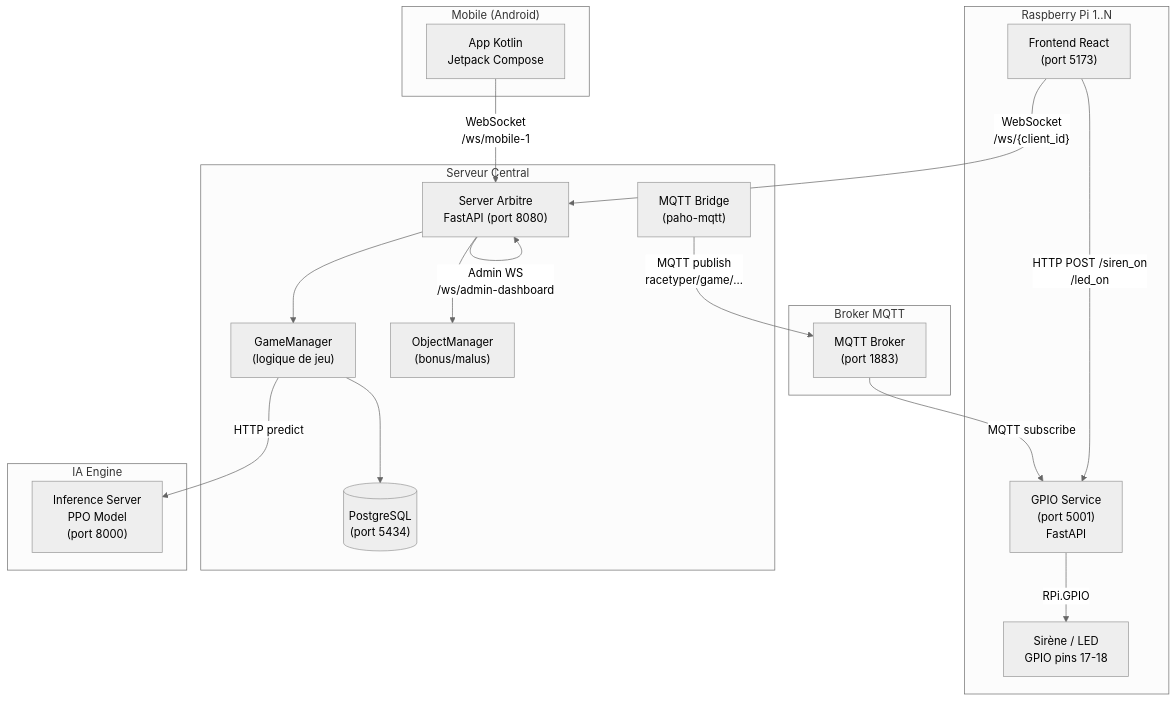
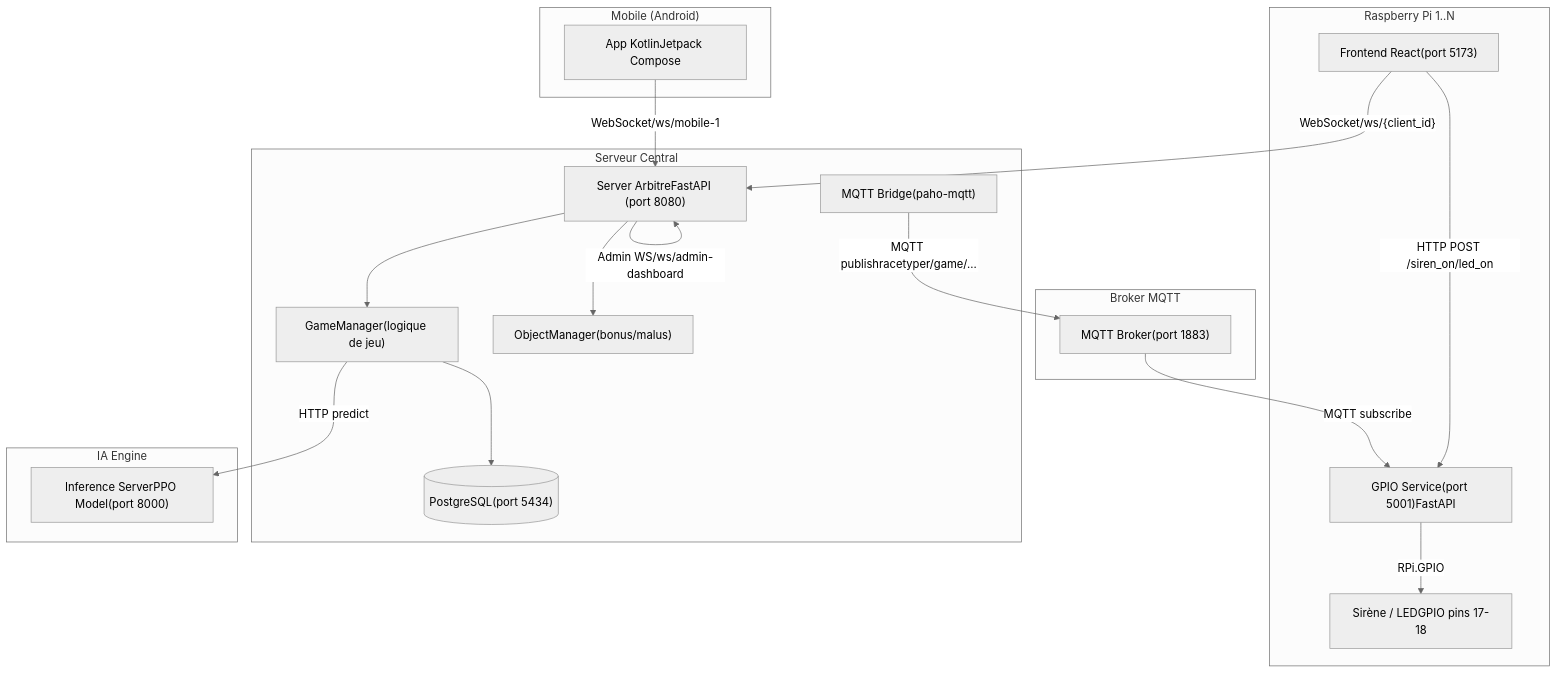
One commit to EnterNAthan/RaceTyper changed the first of 17 diagrams in ARCHITECTURE.md. Above: the diagram before and after it, drawn with Mermaid (neutral theme). The commit also changed other lines of this file, not shown here.

Commit message:
fix architecture markdown

````diff
--- a/ARCHITECTURE.md
+++ b/ARCHITECTURE.md
@@ -45,40 +45,40 @@
 ```mermaid
 graph TB
     subgraph "Raspberry Pi 1..N"
-        FE["Frontend React\n(port 5173)"]
-        GPIO["GPIO Service\n(port 5001)\nFastAPI"]
-        SIREN["Sirène / LED\nGPIO pins 17-18"]
-        FE -- "HTTP POST /siren_on\n/led_on" --> GPIO
+        FE["Frontend React(port 5173)"]
+        GPIO["GPIO Service(port 5001)FastAPI"]
+        SIREN["Sirène / LEDGPIO pins 17-18"]
+        FE -- "HTTP POST /siren_on/led_on" --> GPIO
         GPIO -- "RPi.GPIO" --> SIREN
     end
 
     subgraph "Serveur Central"
-        SRV["Server Arbitre\nFastAPI (port 8080)"]
-        GM["GameManager\n(logique de jeu)"]
-        OM["ObjectManager\n(bonus/malus)"]
-        DB[("PostgreSQL\n(port 5434)")]
-        MQTT_B["MQTT Bridge\n(paho-mqtt)"]
+        SRV["Server ArbitreFastAPI (port 8080)"]
+        GM["GameManager(logique de jeu)"]
+        OM["ObjectManager(bonus/malus)"]
+        DB[("PostgreSQL(port 5434)")]
+        MQTT_B["MQTT Bridge(paho-mqtt)"]
         SRV --> GM
         SRV --> OM
         GM --> DB
     end
 
     subgraph "Broker MQTT"
-        BROKER["MQTT Broker\n(port 1883)"]
+        BROKER["MQTT Broker(port 1883)"]
     end
 
     subgraph "IA Engine"
-        IA["Inference Server\nPPO Model\n(port 8000)"]
+        IA["Inference ServerPPO Model(port 8000)"]
     end
 
     subgraph "Mobile (Android)"
-        APP["App Kotlin\nJetpack Compose"]
+        APP["App KotlinJetpack Compose"]
     end
 
-    FE -- "WebSocket\n/ws/{client_id}" --> SRV
-    APP -- "WebSocket\n/ws/mobile-1" --> SRV
-    MQTT_B -- "MQTT publish\nracetyper/game/..." --> BROKER
+    FE -- "WebSocket/ws/{client_id}" --> SRV
+    APP -- "WebSocket/ws/mobile-1" --> SRV
+    MQTT_B -- "MQTT publishracetyper/game/..." --> BROKER
     BROKER -- "MQTT subscribe" --> GPIO
     GM -- "HTTP predict" --> IA
-    SRV -- "Admin WS\n/ws/admin-dashboard" --> SRV
+    SRV -- "Admin WS/ws/admin-dashboard" --> SRV
 ```
````
